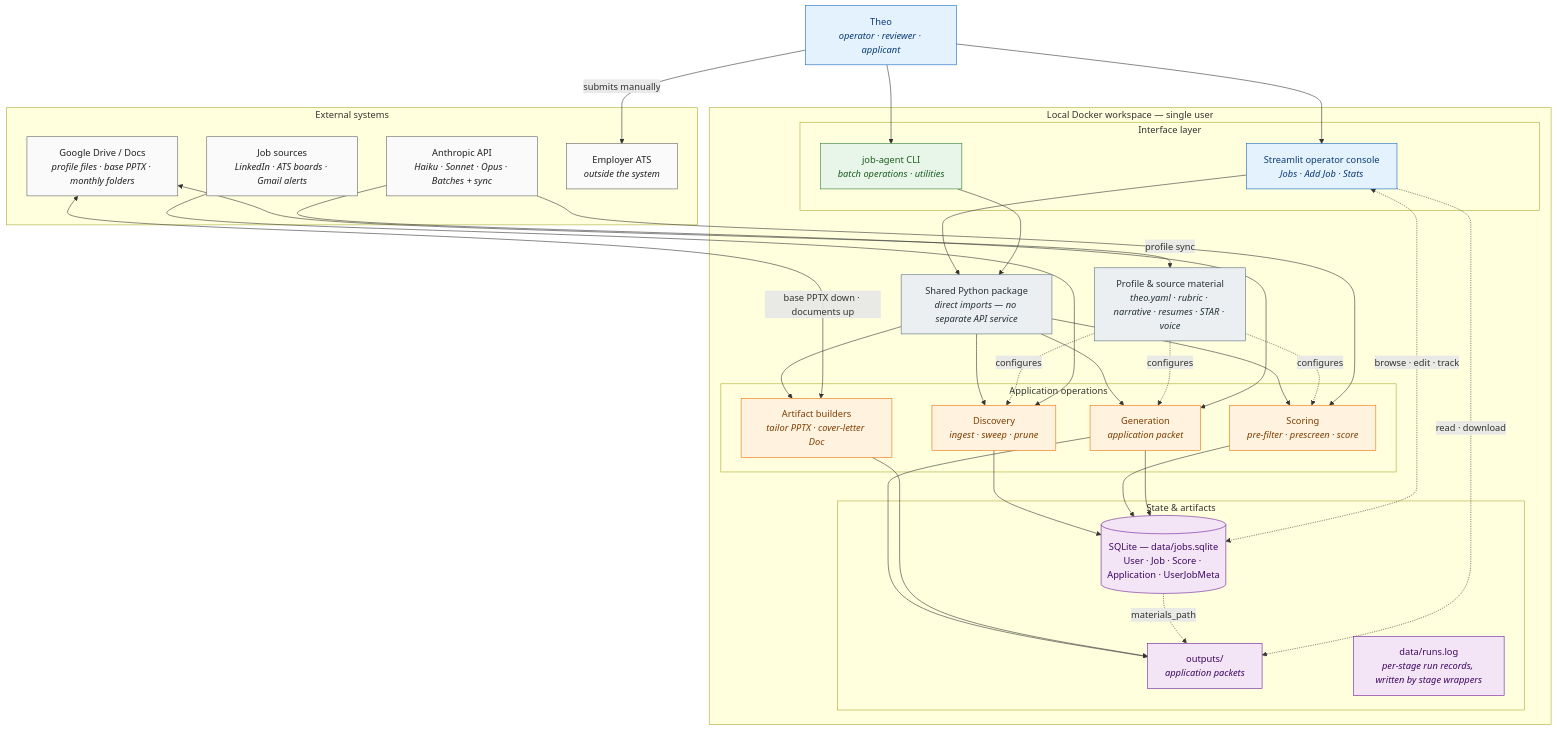
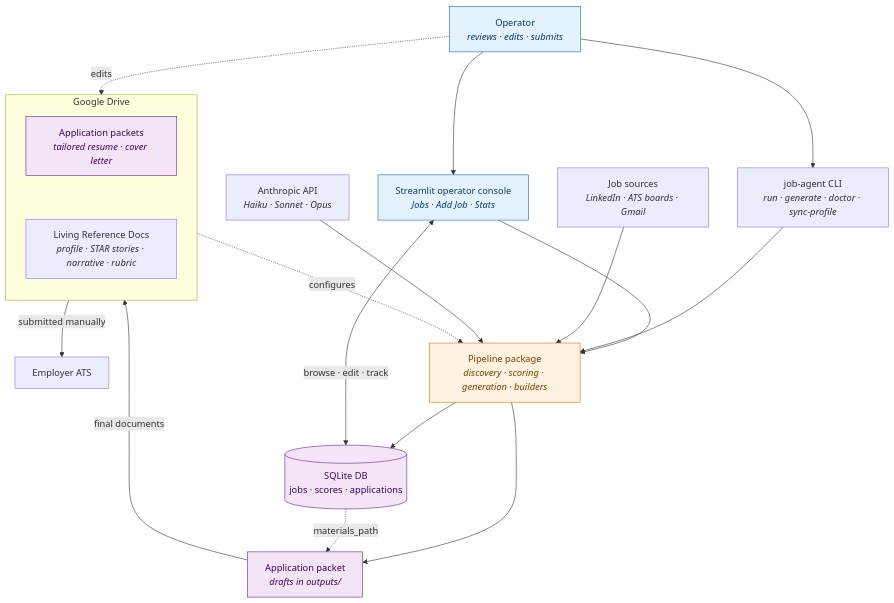
Before and after one commit to theokelly/job-search-pipeline: the second of 2 diagrams in OVERVIEW.md, drawn with Mermaid. The commit also changed other lines of this file and 3 other files, not shown here.

Commit message:
docs: restyle diagrams — funnel back to original layout; architecture rebuilt around Drive

````diff
--- a/OVERVIEW.md
+++ b/OVERVIEW.md
@@ -166,79 +151,46 @@
 ```mermaid
-flowchart TB
-    THEO["Theo<br/><i>operator · reviewer · applicant</i>"]
+flowchart TD
+    OP["Operator<br/><i>reviews · edits · submits</i>"]
 
-    subgraph EXT[External systems]
-        DRV["Google Drive / Docs<br/><i>profile files · base PPTX · monthly folders</i>"]
-        SRC["Job sources<br/><i>LinkedIn · ATS boards · Gmail alerts</i>"]
-        ANT["Anthropic API<br/><i>Haiku · Sonnet · Opus · Batches + sync</i>"]
-        EMP["Employer ATS<br/><i>outside the system</i>"]
+    subgraph DRV[Google Drive]
+        direction TB
+        APP["Application packets<br/><i>tailored resume · cover letter</i>"]
+        REF["Living Reference Docs<br/><i>profile · STAR stories · narrative · rubric</i>"]
+        APP ~~~ REF
     end
 
-    subgraph SYS[Local Docker workspace — single user]
-        subgraph IFACE[Interface layer]
-            UI["Streamlit operator console<br/><i>Jobs · Add Job · Stats</i>"]
-            CLI["job-agent CLI<br/><i>batch operations · utilities</i>"]
-        end
+    EMP["Employer ATS"]
+    OP -.->|edits| APP
+    APP -->|submitted manually| EMP
 
-        CODE["Shared Python package<br/><i>direct imports — no separate API service</i>"]
+    UI["Streamlit operator console<br/><i>Jobs · Add Job · Stats</i>"]
+    CLI["job-agent CLI<br/><i>run · generate · doctor · sync-profile</i>"]
+    OP --> UI
+    OP --> CLI
 
-        subgraph OPS[Application operations]
-            BUILD["Artifact builders<br/><i>tailor PPTX · cover-letter Doc</i>"]
-            DISC["Discovery<br/><i>ingest · sweep · prune</i>"]
-            SCORE["Scoring<br/><i>pre-filter · prescreen · score</i>"]
-            GEN["Generation<br/><i>application packet</i>"]
-        end
+    PIPE["Pipeline package<br/><i>discovery · scoring · generation · builders</i>"]
+    UI --> PIPE
+    CLI --> PIPE
 
-        PROF["Profile &amp; source material<br/><i>theo.yaml · rubric · narrative · resumes · STAR · voice</i>"]
+    SRC["Job sources<br/><i>LinkedIn · ATS boards · Gmail</i>"]
+    ANT["Anthropic API<br/><i>Haiku · Sonnet · Opus</i>"]
+    SRC --> PIPE
+    ANT --> PIPE
+    REF -.->|configures| PIPE
 
-        subgraph STATE[State &amp; artifacts]
-            DB[("SQLite — data/jobs.sqlite<br/>User · Job · Score · Application · UserJobMeta")]
-            OUT["outputs/<br/><i>application packets</i>"]
-            LOG["data/runs.log<br/><i>per-stage run records, written by stage wrappers</i>"]
-        end
-    end
+    DB[("SQLite DB<br/>jobs · scores · applications")]
+    OUT["Application packet<br/><i>drafts in outputs/</i>"]
+    PIPE --> DB
+    PIPE --> OUT
+    DB -.->|materials_path| OUT
+    UI <-->|browse · edit · track| DB
+    OUT -->|final documents| APP
 
-    THEO --> UI
-    THEO --> CLI
-    THEO -->|submits manually| EMP
-    UI --> CODE
-    CLI --> CODE
-    CODE --> DISC
-    CODE --> SCORE
-    CODE --> GEN
-    CODE --> BUILD
+    classDef mid fill:#fff3e0,stroke:#ef6c00,color:#7f3e00;
+    classDef human fill:#e3f2fd,stroke:#1565c0,color:#0d3c78;
+    classDef store fill:#f3e5f5,stroke:#6a1b9a,color:#3e0764;
 
-    PROF -.->|configures| DISC
-    PROF -.->|configures| SCORE
-    PROF -.->|configures| GEN
-
-    SRC --> DISC
-    ANT --> SCORE
-    ANT --> GEN
-    DRV <-->|profile sync| PROF
-    DRV <-->|base PPTX down · documents up| BUILD
-
-    DISC --> DB
-    SCORE --> DB
-    GEN --> DB
-    GEN --> OUT
-    BUILD --> OUT
-    DB -.->|materials_path| OUT
-
-    UI <-.->|browse · edit · track| DB
-    UI -.->|read · download| OUT
-
-    classDef human fill:#e3f2fd,stroke:#1565c0,color:#0d3c78;
-    classDef iface fill:#e8f5e9,stroke:#2e7d32,color:#1b5e20;
-    classDef ops fill:#fff3e0,stroke:#ef6c00,color:#7f3e00;
-    classDef store fill:#f3e5f5,stroke:#6a1b9a,color:#3e0764;
-    classDef ctrl fill:#eceff1,stroke:#546e7a,color:#263238;
-    classDef ext fill:#fafafa,stroke:#616161,color:#212121;
-
-    class THEO,UI human;
-    class CLI iface;
-    class DISC,SCORE,GEN,BUILD ops;
-    class DB,OUT,LOG store;
-    class PROF,CODE ctrl;
-    class SRC,ANT,DRV,EMP ext;
+    class PIPE mid;
+    class OP,UI human;
+    class DB,OUT,APP store;
 ```
````
